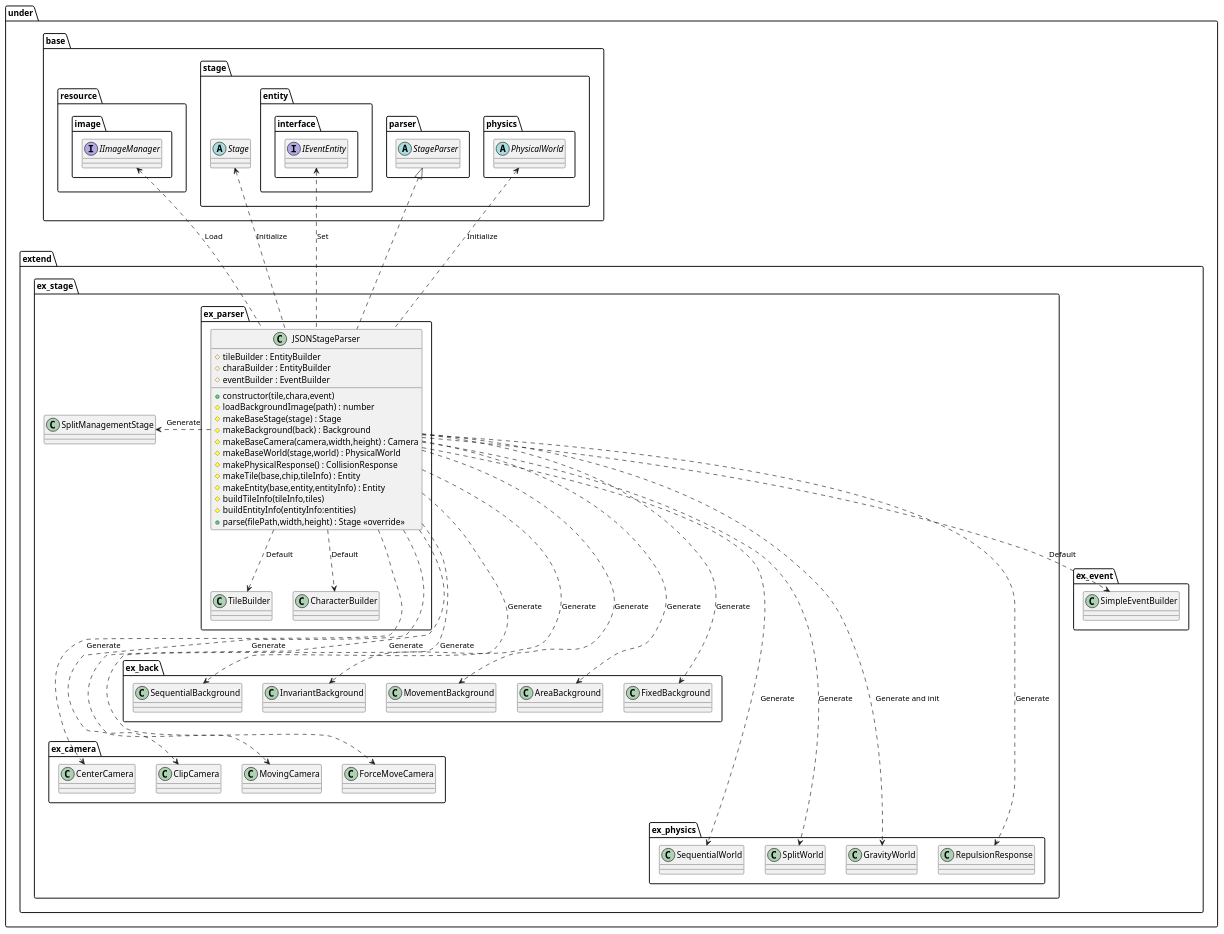
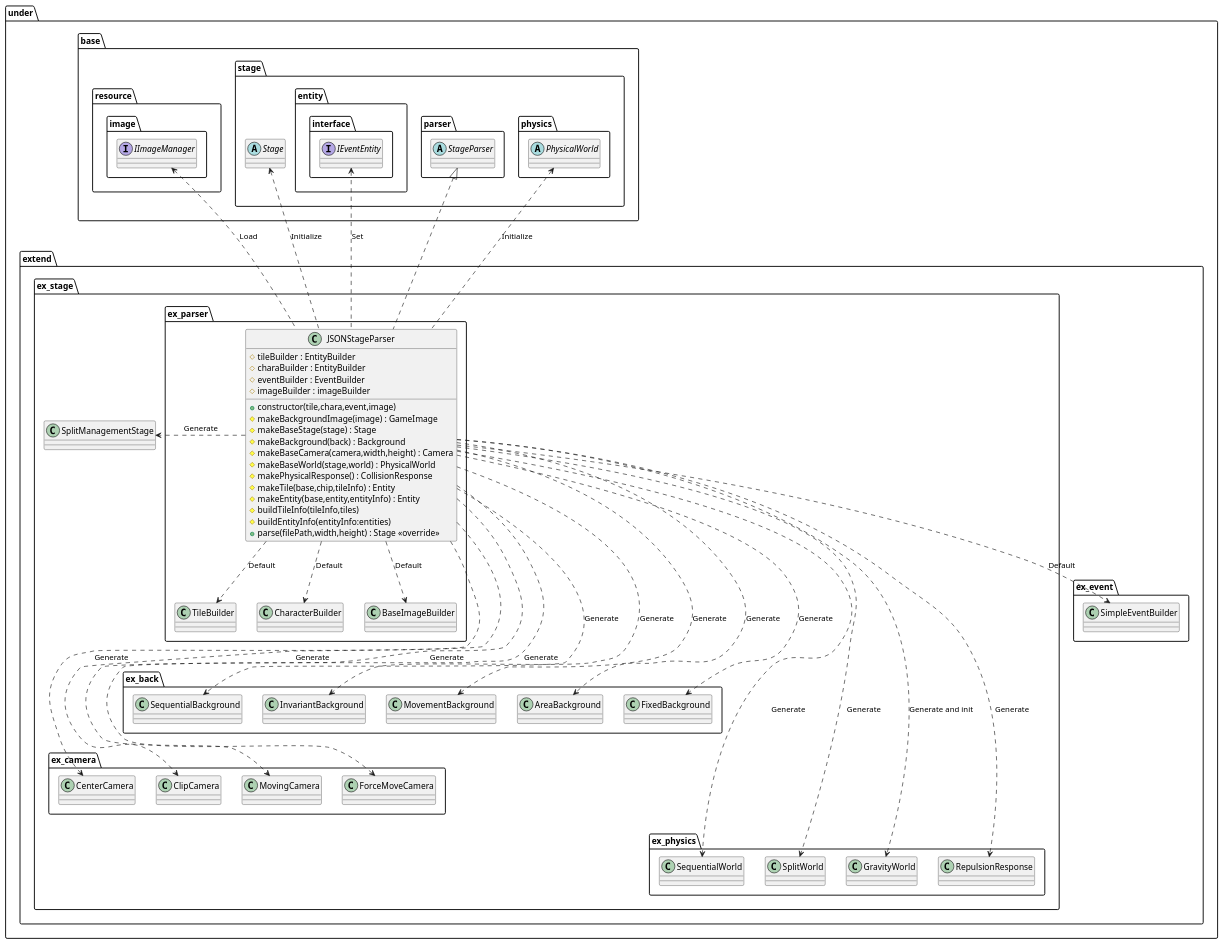
One commit to Expine/Under changed the diagram in uml/parser/JSON.wsd. Above: the diagram before and after it, drawn with PlantUML. The commit also changed 75 other files, not shown here.

```diff
--- a/uml/parser/JSON.wsd
+++ b/uml/parser/JSON.wsd
@@ -1,110 +1,113 @@
 @startuml ParserJSON
 
 package under {
     package extend {
         package ex_stage {
             package ex_parser {
                 class JSONStageParser {
-                    +constructor(tile,chara,event)
+                    +constructor(tile,chara,event,image)
                     #tileBuilder : EntityBuilder
                     #charaBuilder : EntityBuilder
                     #eventBuilder : EventBuilder
-                    #loadBackgroundImage(path) : number
+                    #imageBuilder : imageBuilder
+                    #makeBackgroundImage(image) : GameImage
                     #makeBaseStage(stage) : Stage
                     #makeBackground(back) : Background
                     #makeBaseCamera(camera,width,height) : Camera
                     #makeBaseWorld(stage,world) : PhysicalWorld
                     #makePhysicalResponse() : CollisionResponse
                     #makeTile(base,chip,tileInfo) : Entity
                     #makeEntity(base,entity,entityInfo) : Entity
                     #buildTileInfo(tileInfo,tiles)
                     #buildEntityInfo(entityInfo:entities)
                     +parse(filePath,width,height) : Stage <<override>>
                 }
             }
         }
     }
 }
 
 package under {
     package base {
         package resource {
             package image {
                 interface IImageManager
             }
         }
         package stage {
             abstract Stage
             package entity {
                 package interface {
                     interface IEventEntity
                 }
             }
             package parser {
                 abstract StageParser
             }
             package physics {
                 abstract PhysicalWorld
             }
         }
     }
     package extend {
         package ex_event {
             class SimpleEventBuilder
         }
         package ex_stage {
             class SplitManagementStage
             package ex_parser {
                 class TileBuilder
                 class CharacterBuilder
+                class BaseImageBuilder
             }
             package ex_camera {
                 class CenterCamera
                 class ClipCamera
                 class MovingCamera
                 class ForceMoveCamera
             }
             package ex_back {
                 class SequentialBackground
                 class InvariantBackground
                 class MovementBackground
                 class AreaBackground
                 class FixedBackground
             }
             package ex_physics {
                 class SequentialWorld
                 class SplitWorld
                 class GravityWorld
                 class RepulsionResponse
             }
         }
 
     }
 }
 
 JSONStageParser .> SplitManagementStage : Generate
 JSONStageParser ...> SequentialBackground : Generate
 JSONStageParser ...> InvariantBackground : Generate
 JSONStageParser ...> MovementBackground : Generate
 JSONStageParser ...> AreaBackground : Generate
 JSONStageParser ...> FixedBackground : Generate
 JSONStageParser ....> CenterCamera : Generate
 JSONStageParser ....> ClipCamera : Generate
 JSONStageParser ....> MovingCamera : Generate
 JSONStageParser ....> ForceMoveCamera : Generate
 JSONStageParser .....> SequentialWorld : Generate
 JSONStageParser .....> SplitWorld : Generate
 JSONStageParser .....> GravityWorld : Generate and init
 JSONStageParser .....> RepulsionResponse : Generate
 IImageManager <..  JSONStageParser: Load
 Stage <..  JSONStageParser: Initialize
 PhysicalWorld <..  JSONStageParser: Initialize
 IEventEntity <.. JSONStageParser : Set
 
 JSONStageParser ..> TileBuilder : Default
 JSONStageParser ..> CharacterBuilder : Default
+JSONStageParser ..> BaseImageBuilder : Default
 JSONStageParser ..> SimpleEventBuilder : Default
 
 StageParser <|.. JSONStageParser
 
 @enduml
```
